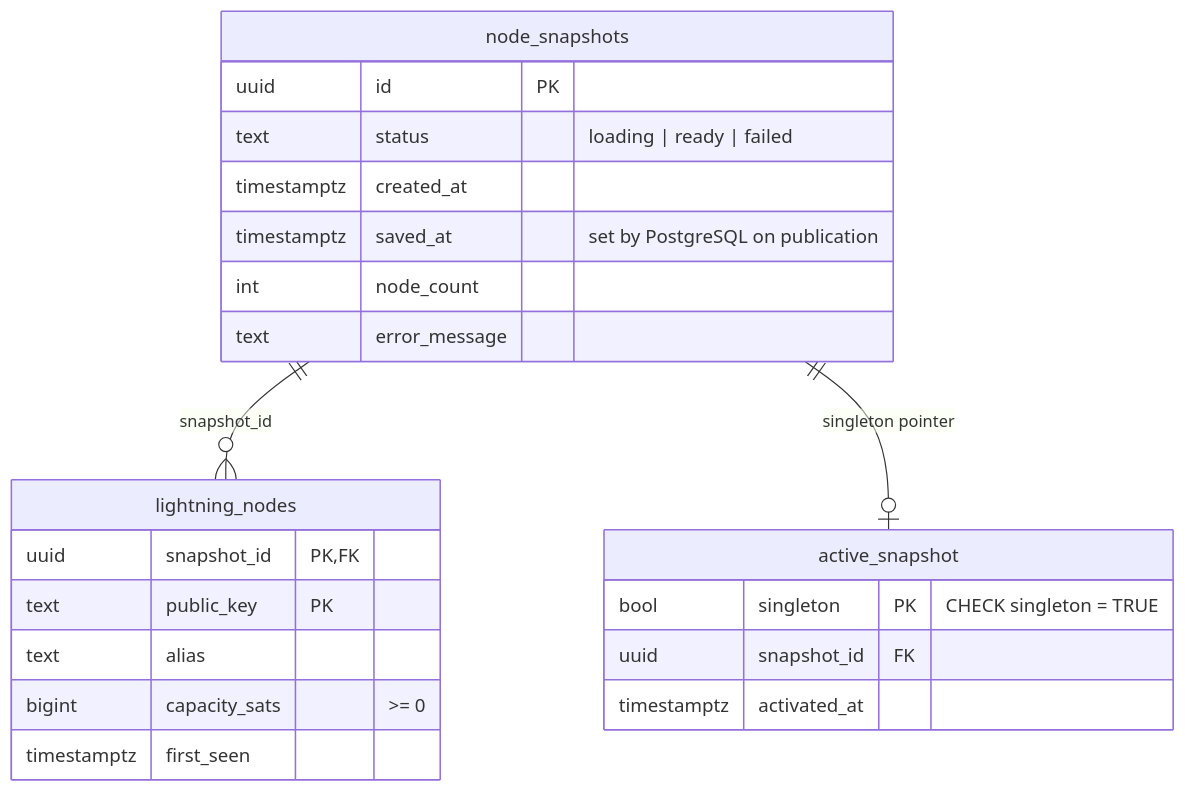
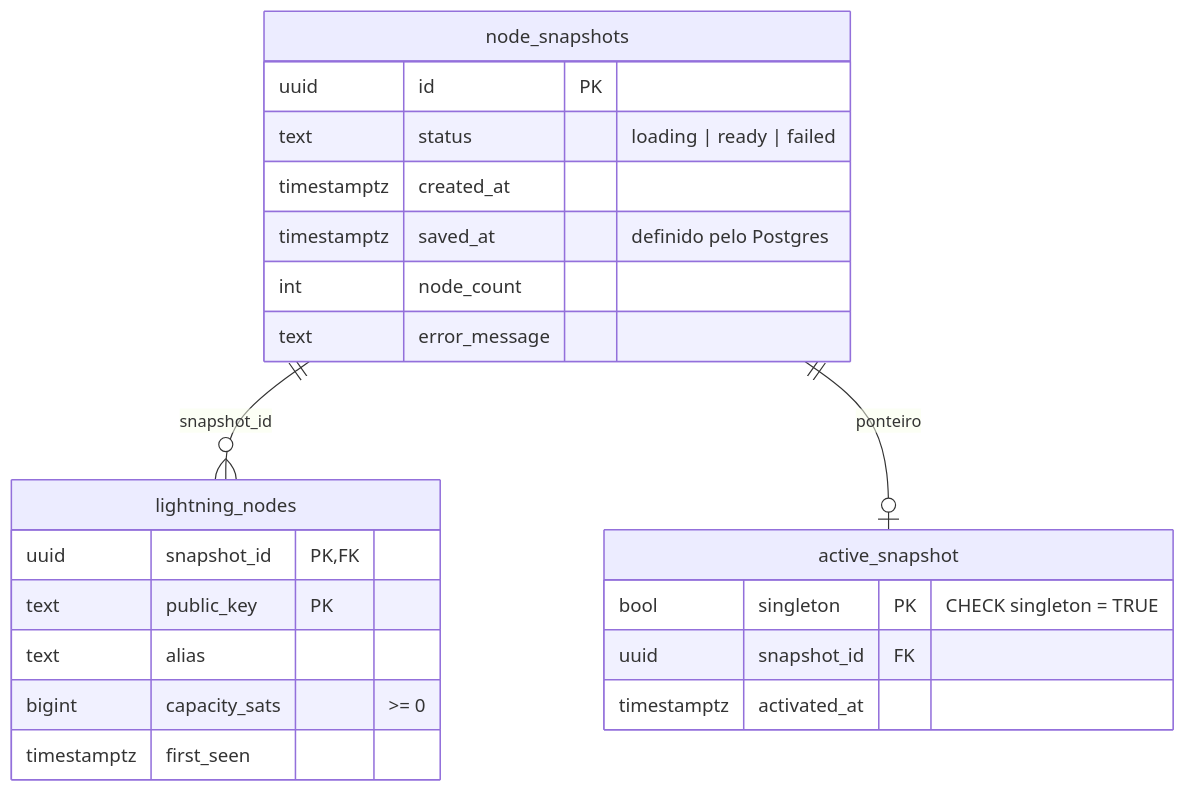
The second of 2 diagrams in README.md (oyurimatheus/lightning-nodes), drawn with Mermaid before and after one commit. The commit also changed other lines of this file and 45 other files, not shown here.

````diff
--- a/README.md
+++ b/README.md
@@ -207,25 +200,25 @@
 ```mermaid
 erDiagram
     node_snapshots ||--o{ lightning_nodes : "snapshot_id"
-    node_snapshots ||--o| active_snapshot : "singleton pointer"
+    node_snapshots ||--o| active_snapshot : "ponteiro"
     node_snapshots {
         uuid id PK
         text status "loading | ready | failed"
         timestamptz created_at
-        timestamptz saved_at "set by PostgreSQL on publication"
+        timestamptz saved_at "definido pelo Postgres"
         int node_count
         text error_message
     }
     lightning_nodes {
         uuid snapshot_id PK,FK
         text public_key PK
         text alias
         bigint capacity_sats ">= 0"
         timestamptz first_seen
     }
     active_snapshot {
         bool singleton PK "CHECK singleton = TRUE"
         uuid snapshot_id FK
         timestamptz activated_at
     }
 ```
````
